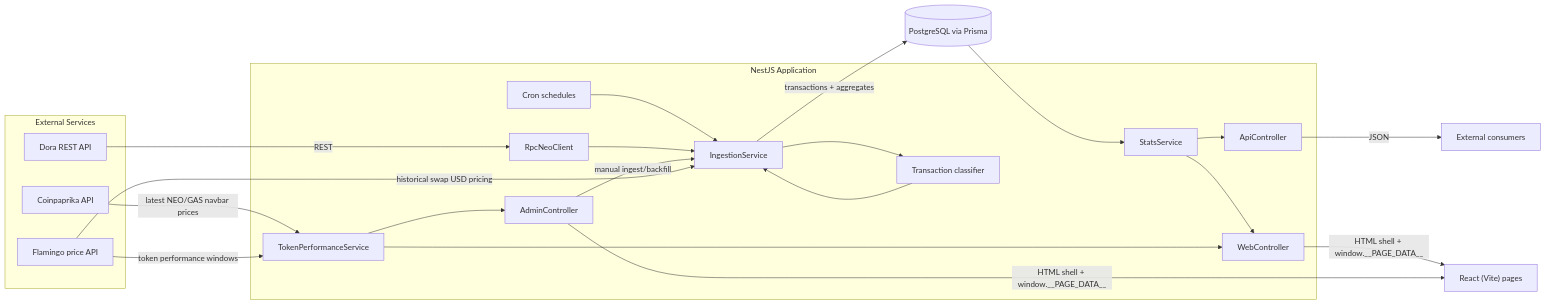
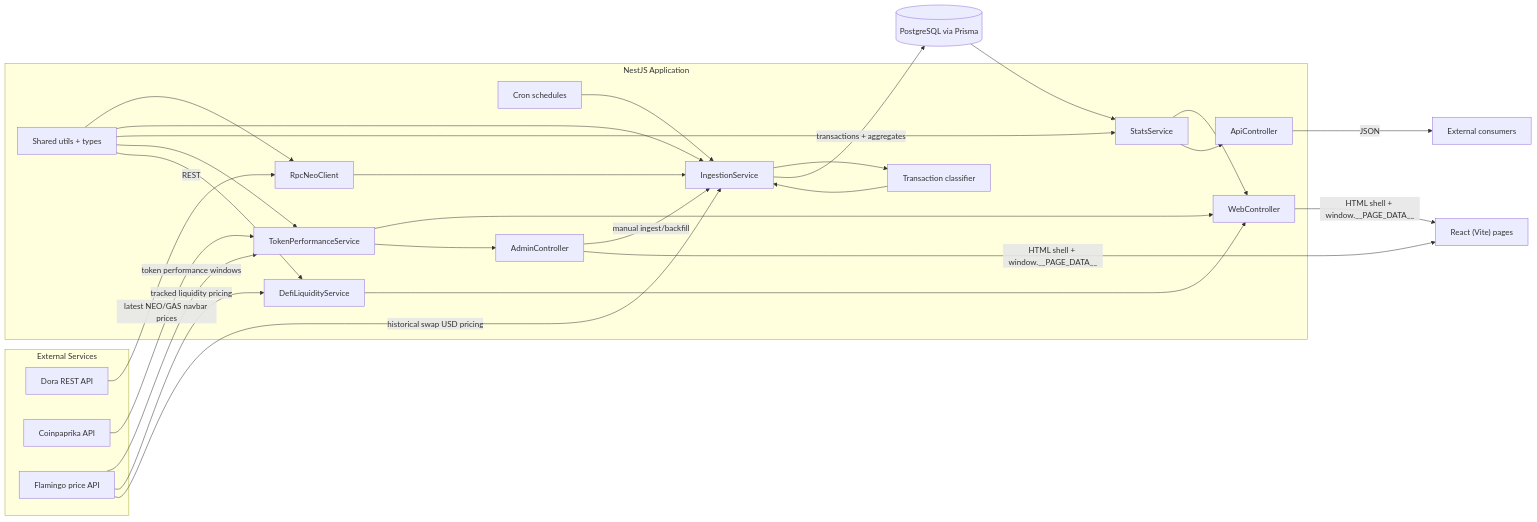
The diagram in README.md (ethArek/neo-analytics), drawn with Mermaid before and after one commit. The commit also changed other lines of this file, not shown here.

Commit message:
docs: update architecture overview

````diff
--- a/README.md
+++ b/README.md
@@ -19,43 +19,52 @@
 ```mermaid
 flowchart LR
   subgraph "External Services"
     Dora["Dora REST API"]
     CoinPaprika["Coinpaprika API"]
     Flamingo["Flamingo price API"]
   end
 
   subgraph "NestJS Application"
     Cron["Cron schedules"]
     NeoClient["RpcNeoClient"]
     Ingest["IngestionService"]
     Classifier["Transaction classifier"]
     Stats["StatsService"]
     TokenSvc["TokenPerformanceService"]
+    Liquidity["DefiLiquidityService"]
     Web["WebController"]
     Admin["AdminController"]
     API["ApiController"]
+    Common["Shared utils + types"]
   end
 
   DB[("PostgreSQL via Prisma")]
   UI["React (Vite) pages"]
   Consumers["External consumers"]
 
   Dora -->|REST| NeoClient
   Cron --> Ingest
   NeoClient --> Ingest
   Ingest --> Classifier
   Classifier --> Ingest
   Ingest -->|transactions + aggregates| DB
   DB --> Stats
   Stats --> Web
   Stats --> API
   Admin -->|manual ingest/backfill| Ingest
+  Common --> NeoClient
+  Common --> Ingest
+  Common --> Stats
+  Common --> TokenSvc
+  Common --> Liquidity
   CoinPaprika -->|latest NEO/GAS navbar prices| TokenSvc
   Flamingo -->|token performance windows| TokenSvc
+  Flamingo -->|tracked liquidity pricing| Liquidity
   Flamingo -->|historical swap USD pricing| Ingest
   TokenSvc --> Web
   TokenSvc --> Admin
+  Liquidity --> Web
   Web -->|HTML shell + window.__PAGE_DATA__| UI
   Admin -->|HTML shell + window.__PAGE_DATA__| UI
   API -->|JSON| Consumers
 ```
````
